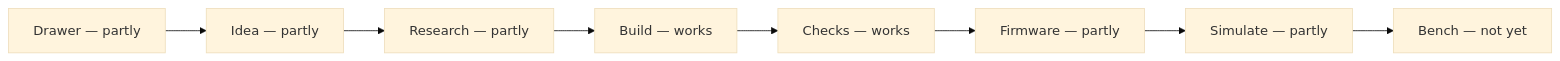
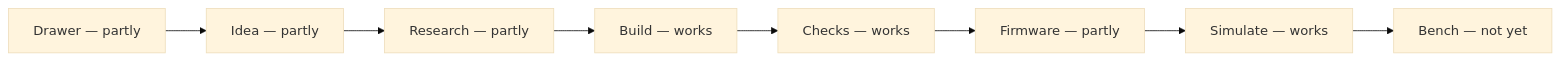
One commit to xmejkal/spark changed the diagram in docs/guide/journey.md. Above: the diagram before and after it, drawn with Mermaid (base theme). The commit also changed other lines of this file and 1 other file, not shown here.

Commit message:
P130: the ready contract and run_scenario.py in the build page; the guide's Simulate works

````diff
--- a/docs/guide/journey.md
+++ b/docs/guide/journey.md
@@ -12,6 +12,6 @@
 ```mermaid
 flowchart LR
     drawer["Drawer — partly"] --> idea["Idea — partly"] --> research["Research — partly"]
     research --> build["Build — works"] --> checks["Checks — works"] --> firmware["Firmware — partly"]
-    firmware --> simulate["Simulate — partly"] --> bench["Bench — not yet"]
+    firmware --> simulate["Simulate — works"] --> bench["Bench — not yet"]
 ```
````
